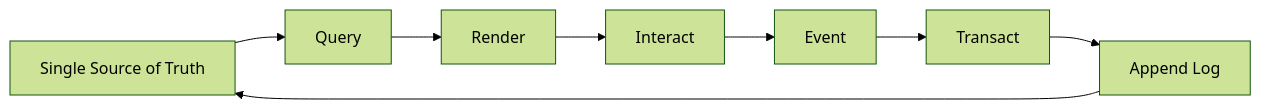
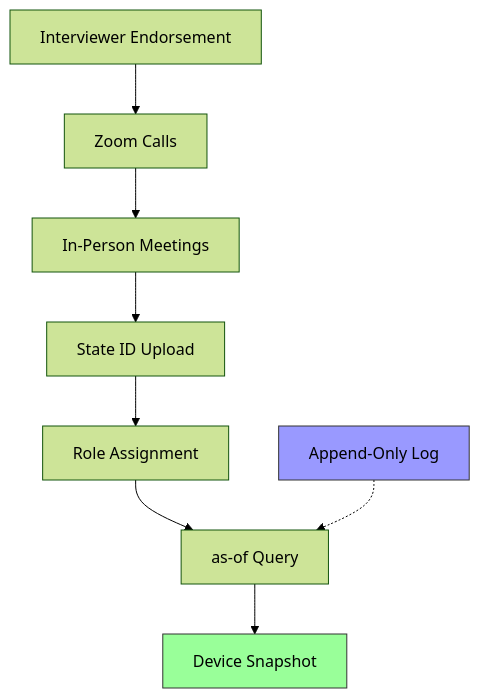
Before and after one commit to Synthetic-Identity-Co/conj-talk-2025: the fifth of 9 diagrams in presenter.md, drawn with Mermaid (forest theme). The commit also changed other lines of this file, not shown here.

````diff
--- a/presenter.md
+++ b/presenter.md
@@ -383,18 +246,14 @@
 ```mermaid
-graph LR
-    SSoT[Single Source of Truth]
-    Query[Query]
-    Render[Render]
-    Interact[Interact]
-    Event[Event]
-    Transact[Transact]
-    Log[Append Log]
+graph TD
+    A[Interviewer Endorsement] --> B[Zoom Calls]
+    B --> C[In-Person Meetings]
+    C --> D[State ID Upload]
+    D --> E[Role Assignment]
+    E --> F[as-of Query]
+    F --> G[Device Snapshot]
     
-    SSoT --> Query
-    Query --> Render
-    Render --> Interact
-    Interact --> Event
-    Event --> Transact
-    Transact --> Log
-    Log --> SSoT
+    H[Append-Only Log] -.-> F
+    
+    style G fill:#9f9,stroke:#333
+    style H fill:#99f,stroke:#333
 ```
````
